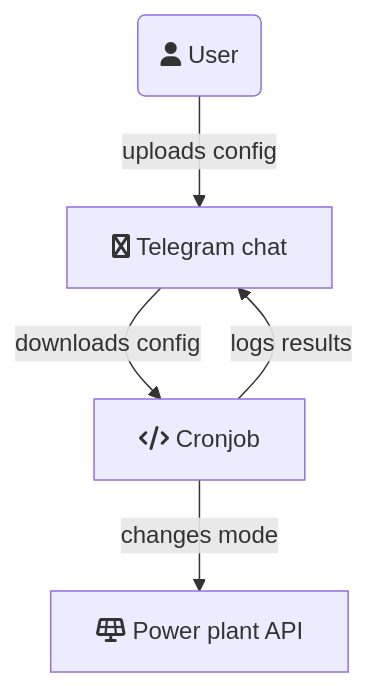
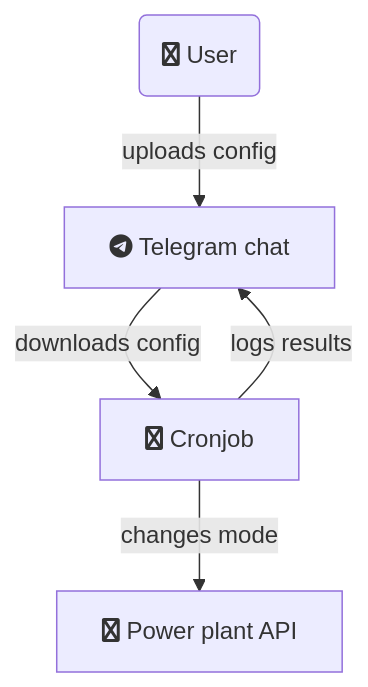
The second of 2 diagrams in _posts/2023-10-17-controlling-home-power-plant-with-ai-part-1.markdown (hrubanj/webpage), drawn with Mermaid before and after one commit. The commit also changed other lines of this file and 2 other files, not shown here.

Commit message:
First edit solar article

````diff
--- a/_posts/2023-10-17-controlling-home-power-plant-with-ai-part-1.markdown
+++ b/_posts/2023-10-17-controlling-home-power-plant-with-ai-part-1.markdown
@@ -169,7 +202,7 @@
 ```mermaid!
 flowchart TD
-    A[fa:fa-telegram Telegram chat] -->|downloads config| B[fa:fa-code Cronjob]
-    B -->|changes mode| C[fa:fa-solar-panel Power plant API]
-    D(fa:fa-user User) -->|uploads config|A
+    A[fab:fa-telegram Telegram chat] -->|downloads config| B[fab:fa-code Cronjob]
+    B -->|changes mode| C[fab:fa-solar-panel Power plant API]
+    D(fab:fa-user User) -->|uploads config|A
     B --> |logs results|A
 ```
````
